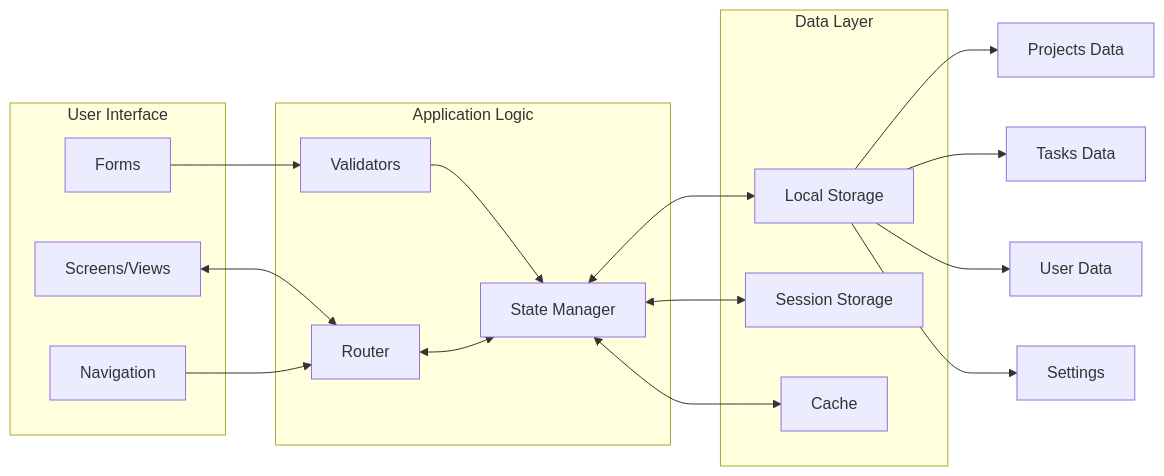
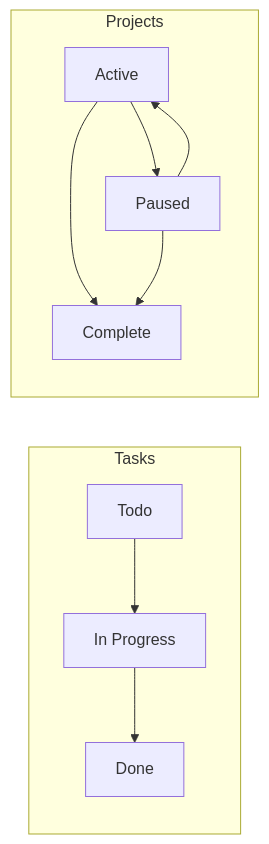
Before and after one commit to stefanus-ronald/proker: the third of 5 diagrams in workflow.md, drawn with Mermaid. The commit also changed other lines of this file and 21 other files, not shown here.

````diff
--- a/workflow.md
+++ b/workflow.md
@@ -208,34 +56,14 @@
 ```mermaid
 flowchart LR
-    subgraph "User Interface"
-        A[Screens/Views]
-        B[Forms]
-        C[Navigation]
+    subgraph Tasks
+        A[Todo] --> B[In Progress]
+        B --> C[Done]
     end
     
-    subgraph "Application Logic"
-        D[Router]
-        E[State Manager]
-        F[Validators]
+    subgraph Projects
+        D[Active] --> E[Paused]
+        E --> D
+        D --> F[Complete]
+        E --> F
     end
-    
-    subgraph "Data Layer"
-        G[Local Storage]
-        H[Session Storage]
-        I[Cache]
-    end
-    
-    A <--> D
-    B --> F
-    F --> E
-    C --> D
-    D <--> E
-    E <--> G
-    E <--> H
-    E <--> I
-    
-    G --> J[Projects Data]
-    G --> K[Tasks Data]
-    G --> L[User Data]
-    G --> M[Settings]
 ```
````
